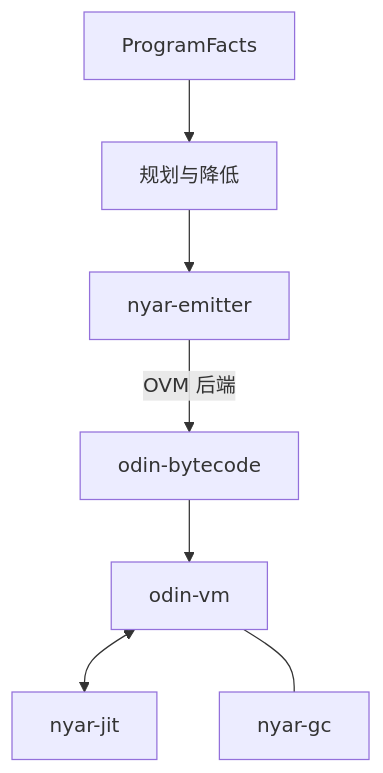
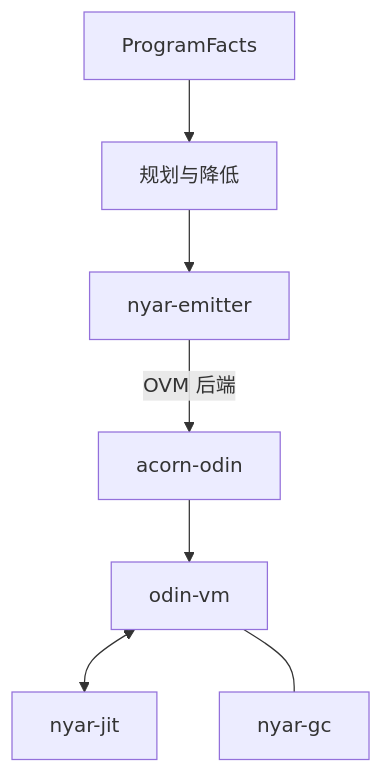
The first of 2 diagrams in documentation/maintenance/index.md (nyar-vm/nyar-vm), drawn with Mermaid before and after one commit. The commit also changed other lines of this file and 6 other files, not shown here.

Commit message:
📝 Point runtime and format docs at `acorn-odin`

````diff
--- a/documentation/maintenance/index.md
+++ b/documentation/maintenance/index.md
@@ -13,9 +13,9 @@
 ```mermaid
 graph TD
     Facts[ProgramFacts] --> Plan[规划与降低]
     Plan --> Emit[nyar-emitter]
-    Emit -->|OVM 后端| Bytecode[odin-bytecode]
+    Emit -->|OVM 后端| Bytecode[acorn-odin]
     Bytecode --> VM[odin-vm]
     VM <--> JIT[nyar-jit]
     VM --- GC[nyar-gc]
 ```
````
